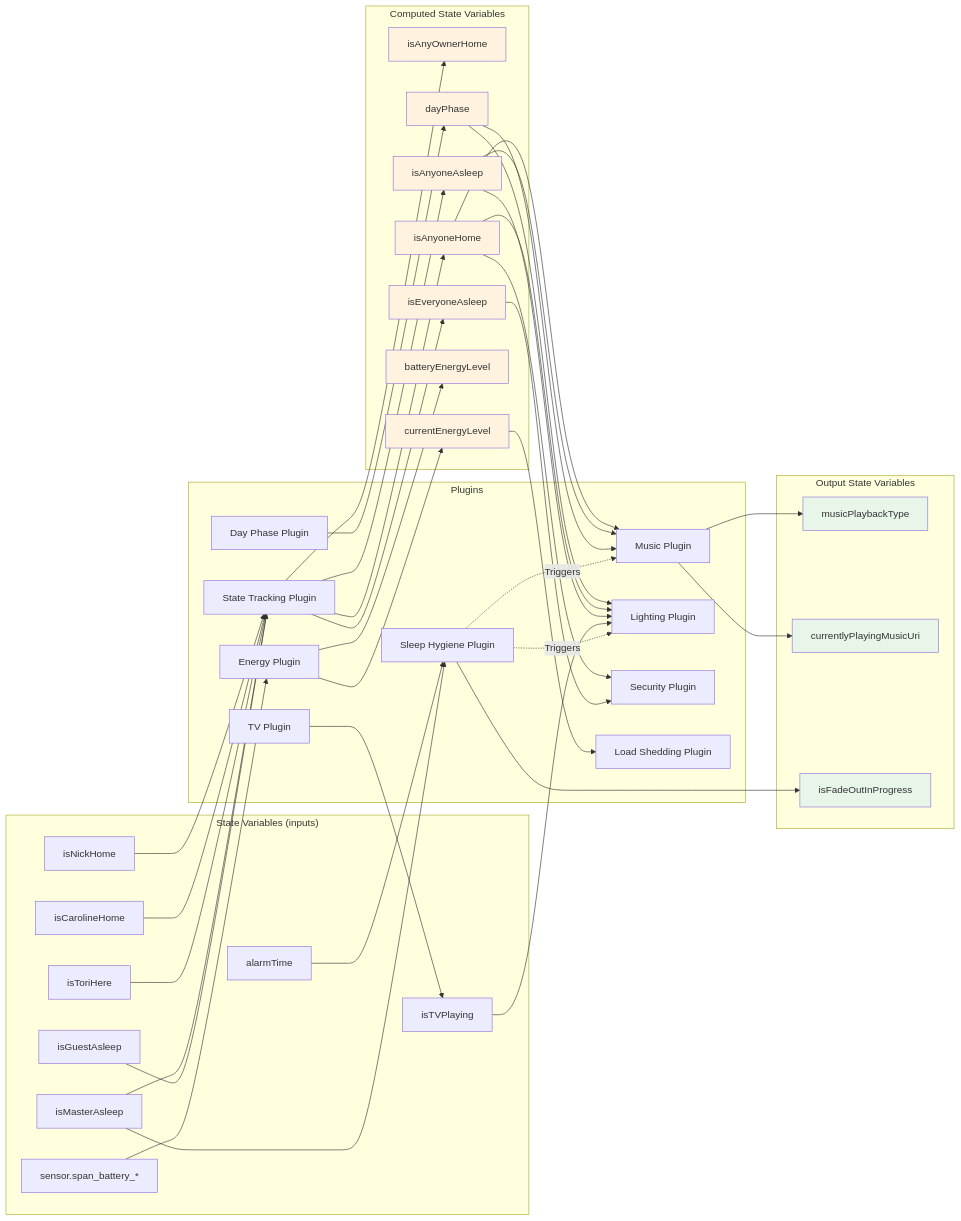
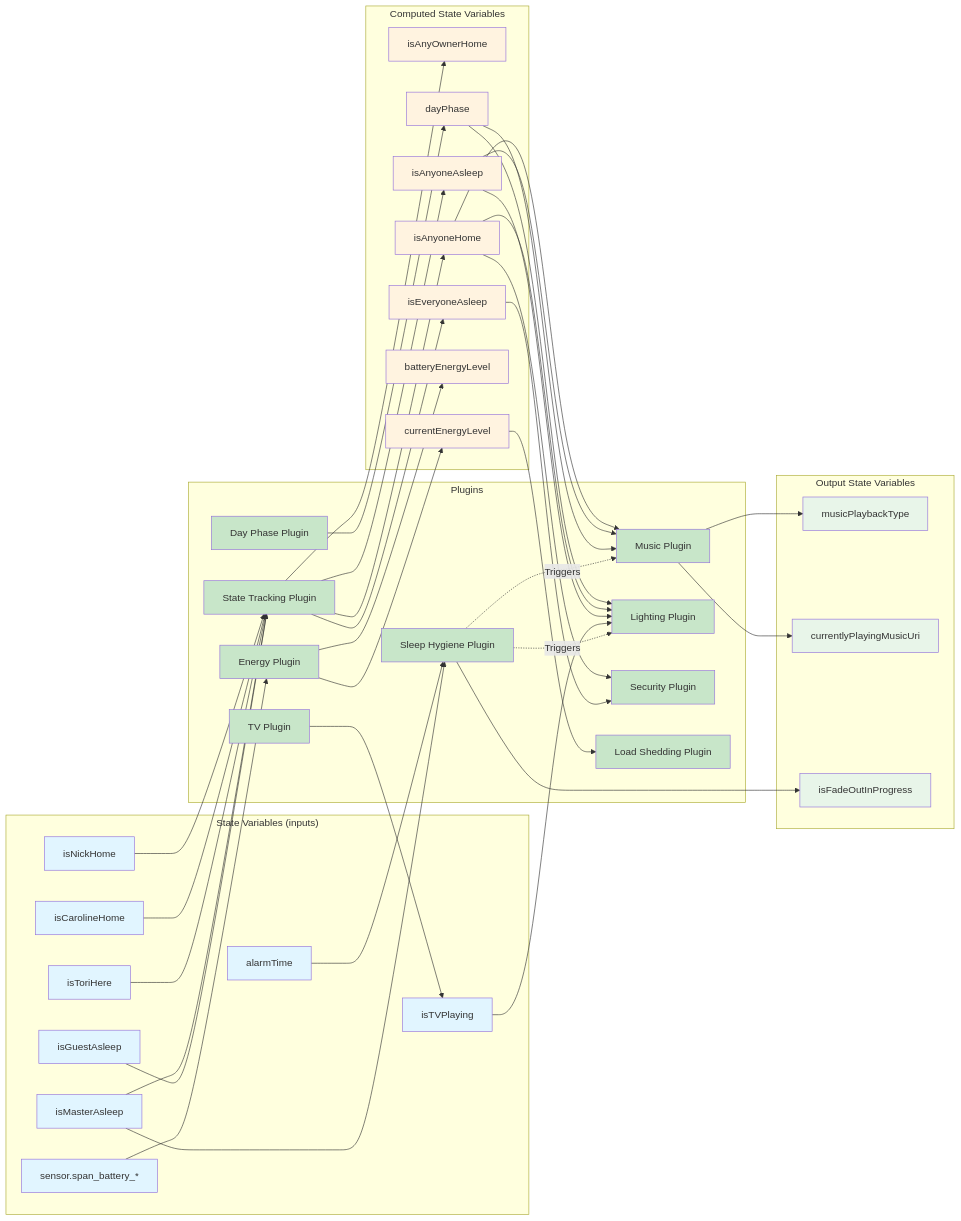
The seventh of 7 diagrams in docs/architecture/VISUAL_ARCHITECTURE.md (NickBorgersOnLowSecurityNode/home-automation), drawn with Mermaid before and after one commit. The commit also changed other lines of this file, not shown here.

First line of the commit message:
Apply complete, consistent color styling to all diagrams

````diff
--- a/docs/architecture/VISUAL_ARCHITECTURE.md
+++ b/docs/architecture/VISUAL_ARCHITECTURE.md
@@ -525,6 +656,15 @@
 
     CurrentEnergy --> LoadShedding
 
+    style NickHome fill:#e1f5ff
+    style CarolineHome fill:#e1f5ff
+    style ToriHere fill:#e1f5ff
+    style MasterAsleep fill:#e1f5ff
+    style GuestAsleep fill:#e1f5ff
+    style TVPlaying fill:#e1f5ff
+    style AlarmTime fill:#e1f5ff
+    style BatteryPercent fill:#e1f5ff
+
     style AnyOwnerHome fill:#fff3e0
     style AnyoneHome fill:#fff3e0
     style AnyoneAsleep fill:#fff3e0
@@ -536,4 +676,14 @@
     style MusicType fill:#e8f5e9
     style MusicURI fill:#e8f5e9
     style FadeOut fill:#e8f5e9
+
+    style StateTracking fill:#c8e6c9
+    style DayPhasePlugin fill:#c8e6c9
+    style Music fill:#c8e6c9
+    style Lighting fill:#c8e6c9
+    style Energy fill:#c8e6c9
+    style SleepHygiene fill:#c8e6c9
+    style TV fill:#c8e6c9
+    style Security fill:#c8e6c9
+    style LoadShedding fill:#c8e6c9
 ```
````
